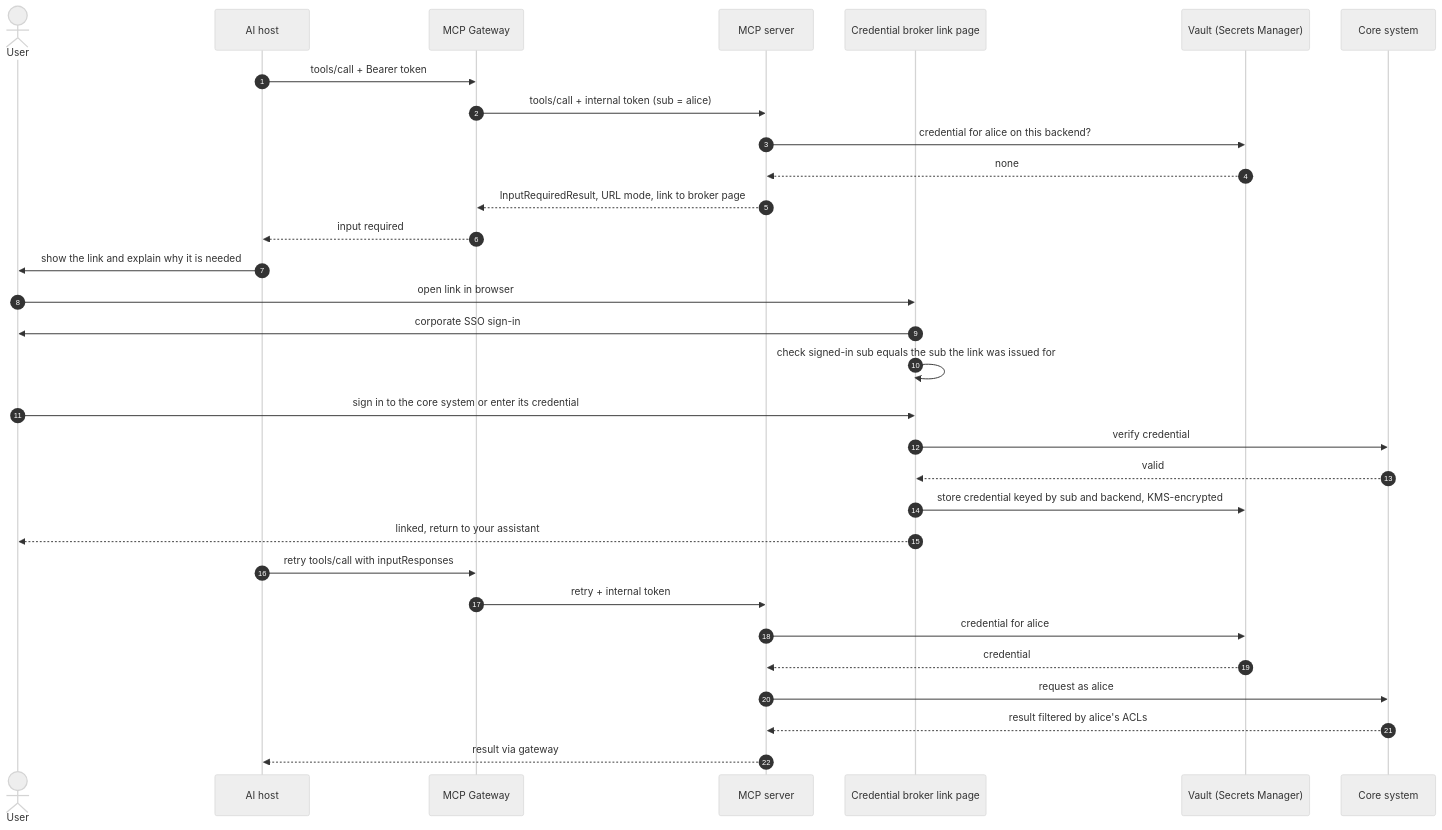
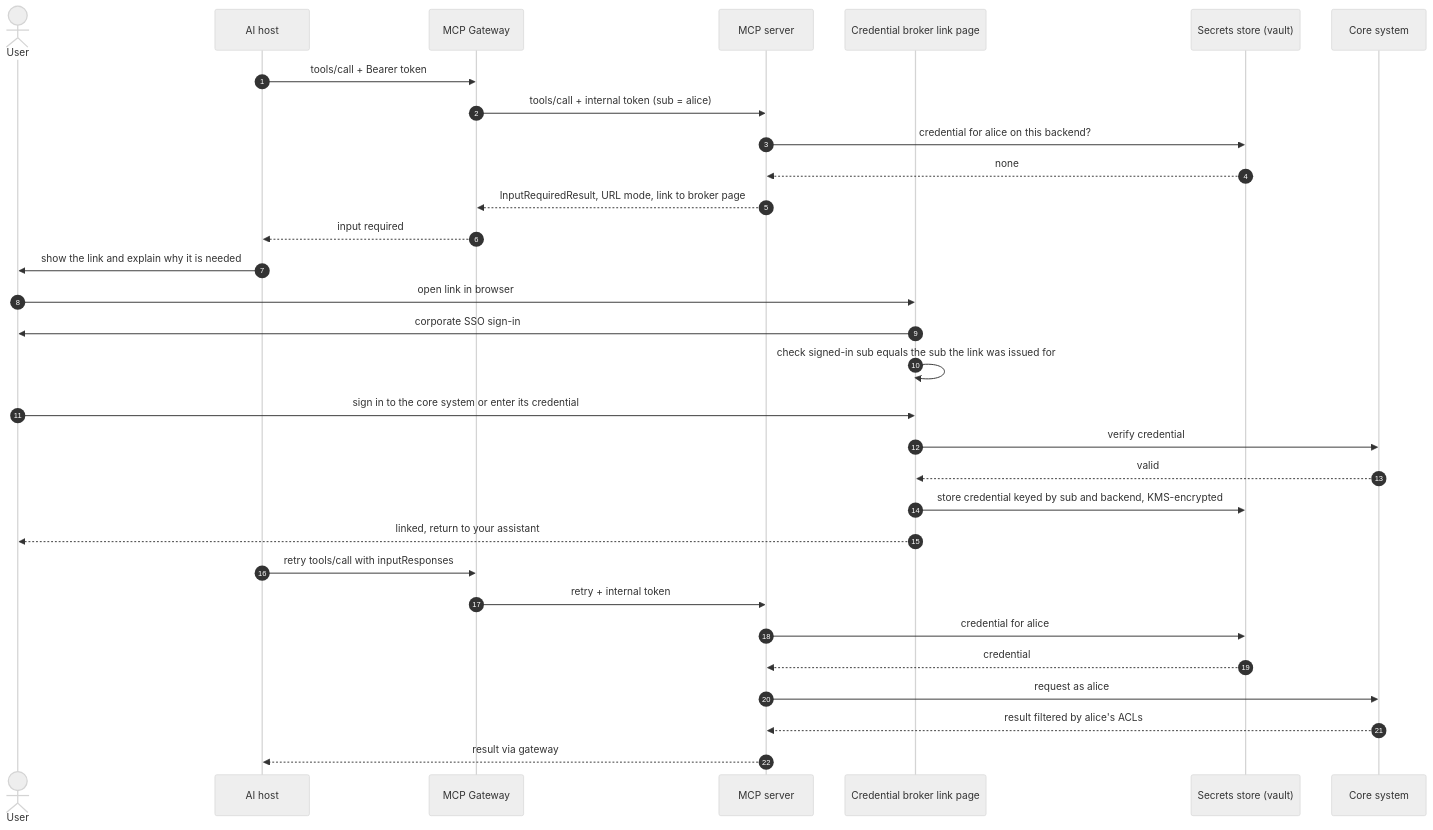
One commit to joshuamfrancis/Wikis changed the fifth of 8 diagrams in ai/mcp-architecture/mcp-architecture.md. Above: the diagram before and after it, drawn with Mermaid (neutral theme). The commit also changed other lines of this file and 1 other file, not shown here.

First line of the commit message:
Make MCP architecture cloud-agnostic, move CI/CD to GitLab, add JWT backend flow

````diff
--- a/ai/mcp-architecture/mcp-architecture.md
+++ b/ai/mcp-architecture/mcp-architecture.md
@@ -202,34 +284,34 @@
 ```mermaid
 sequenceDiagram
     autonumber
     actor U as User
     participant H as AI host
     participant GW as MCP Gateway
     participant S as MCP server
     participant CB as Credential broker link page
-    participant V as Vault (Secrets Manager)
+    participant V as Secrets store (vault)
     participant BE as Core system
 
     H->>GW: tools/call + Bearer token
     GW->>S: tools/call + internal token (sub = alice)
     S->>V: credential for alice on this backend?
     V-->>S: none
     S-->>GW: InputRequiredResult, URL mode, link to broker page
     GW-->>H: input required
     H->>U: show the link and explain why it is needed
     U->>CB: open link in browser
     CB->>U: corporate SSO sign-in
     CB->>CB: check signed-in sub equals the sub the link was issued for
     U->>CB: sign in to the core system or enter its credential
     CB->>BE: verify credential
     BE-->>CB: valid
     CB->>V: store credential keyed by sub and backend, KMS-encrypted
     CB-->>U: linked, return to your assistant
     H->>GW: retry tools/call with inputResponses
     GW->>S: retry + internal token
     S->>V: credential for alice
     V-->>S: credential
     S->>BE: request as alice
     BE-->>S: result filtered by alice's ACLs
     S-->>H: result via gateway
 ```
````
